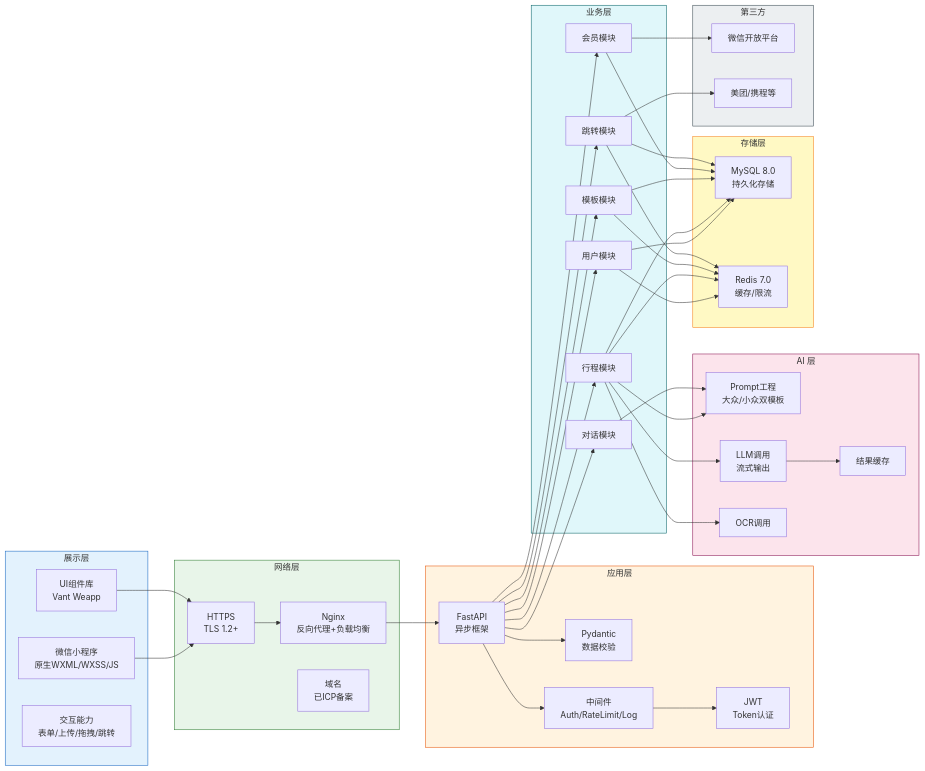
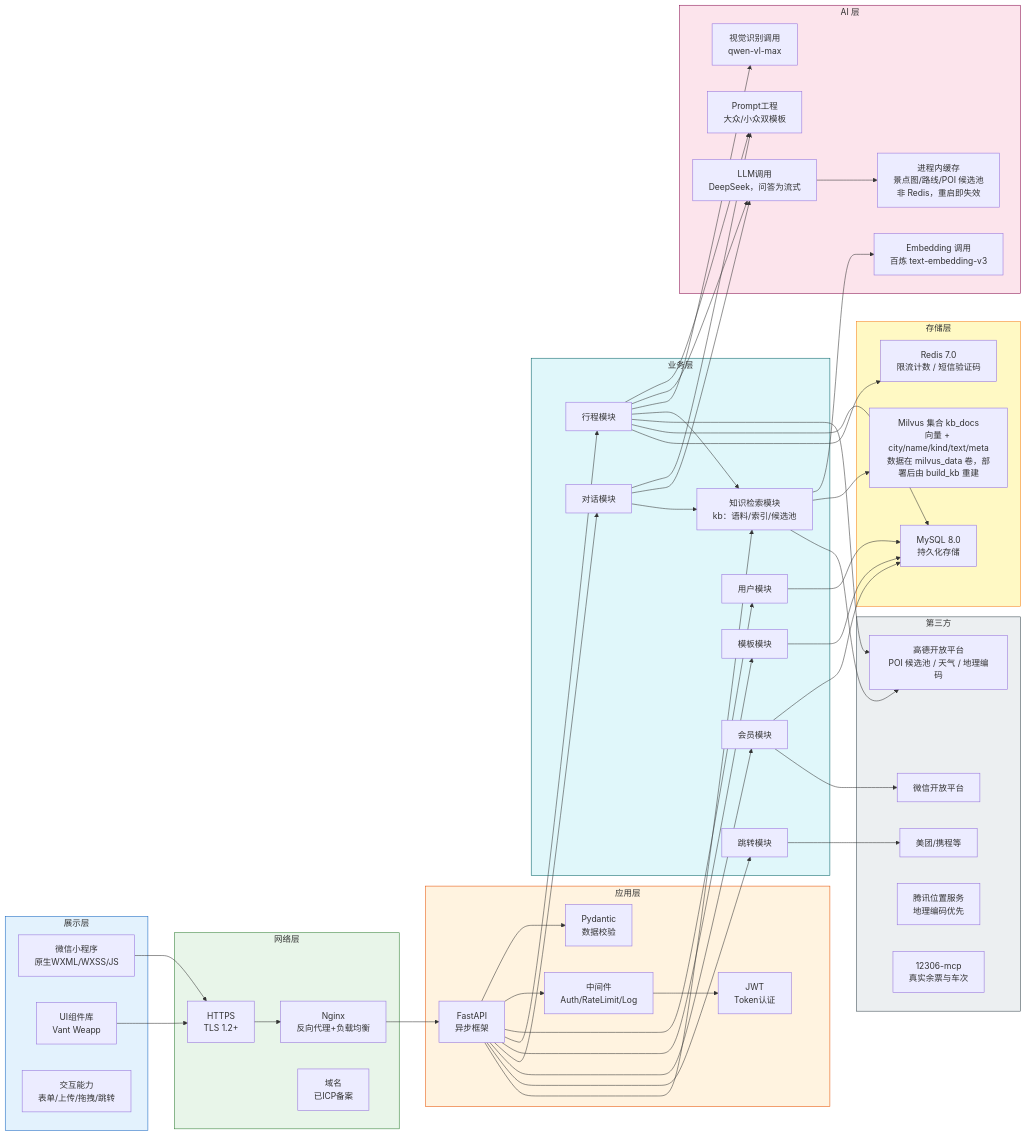
One commit to 591240/ZhiTu-ai changed the seventh of 10 diagrams in docs/3-系统架构图.md. Above: the diagram before and after it, drawn with Mermaid. The commit also changed other lines of this file and 141 other files, not shown here.

```diff
--- a/docs/3-系统架构图.md
+++ b/docs/3-系统架构图.md
@@ -353,23 +392,29 @@
         D4["对话模块"]
         D5["会员模块"]
         D6["跳转模块"]
+        D7["知识检索模块<br/>kb：语料/索引/候选池"]
     end
 
     subgraph AI层["AI 层"]
         E1["Prompt工程<br/>大众/小众双模板"]
-        E2["LLM调用<br/>流式输出"]
-        E3["OCR调用"]
-        E4["结果缓存"]
+        E2["LLM调用<br/>DeepSeek，问答为流式"]
+        E3["视觉识别调用<br/>qwen-vl-max"]
+        E5["Embedding 调用<br/>百炼 text-embedding-v3"]
+        E4["进程内缓存<br/>景点图/路线/POI 候选池<br/>非 Redis，重启即失效"]
     end
 
     subgraph 存储层["存储层"]
         F1["MySQL 8.0<br/>持久化存储"]
-        F2["Redis 7.0<br/>缓存/限流"]
+        F2["Redis 7.0<br/>限流计数 / 短信验证码"]
+        F3["Milvus 集合 kb_docs<br/>向量 + city/name/kind/text/meta<br/>数据在 milvus_data 卷，部署后由 build_kb 重建"]
     end
 
     subgraph 第三方["第三方"]
         G1["微信开放平台"]
         G2["美团/携程等"]
+        G3["高德开放平台<br/>POI 候选池 / 天气 / 地理编码"]
+        G4["腾讯位置服务<br/>地理编码优先"]
+        G5["12306-mcp<br/>真实余票与车次"]
     end
 
     A1 --> B1
@@ -379,18 +424,25 @@
     C1 --> C2
     C1 --> C3
     C3 --> C4
-    C1 --> D1 & D2 & D3 & D4 & D5 & D6
+    C1 --> D1 & D2 & D3 & D4 & D5 & D6 & D7
     D2 --> E1
     D4 --> E1
-    D2 --> E2 & E3
+    D2 --> E2
+    D2 --> E3
+    D4 --> E2
     E2 --> E4
-    D1 --> F1 & F2
+    D2 --> D7
+    D4 --> D7
+    D7 --> E5
+    D7 --> F3
+    D7 --> G3
+    D2 --> G3
+    D1 --> F1
     D2 --> F1 & F2
-    D3 --> F1 & F2
+    D3 --> F1
     D5 --> F1
-    D6 --> F1 & F2
+    D6 --> G2
     D5 --> G1
-    D6 --> G2
 
     style 展示层 fill:#E3F2FD,stroke:#1565C0
     style 网络层 fill:#E8F5E9,stroke:#2E7D32
```
